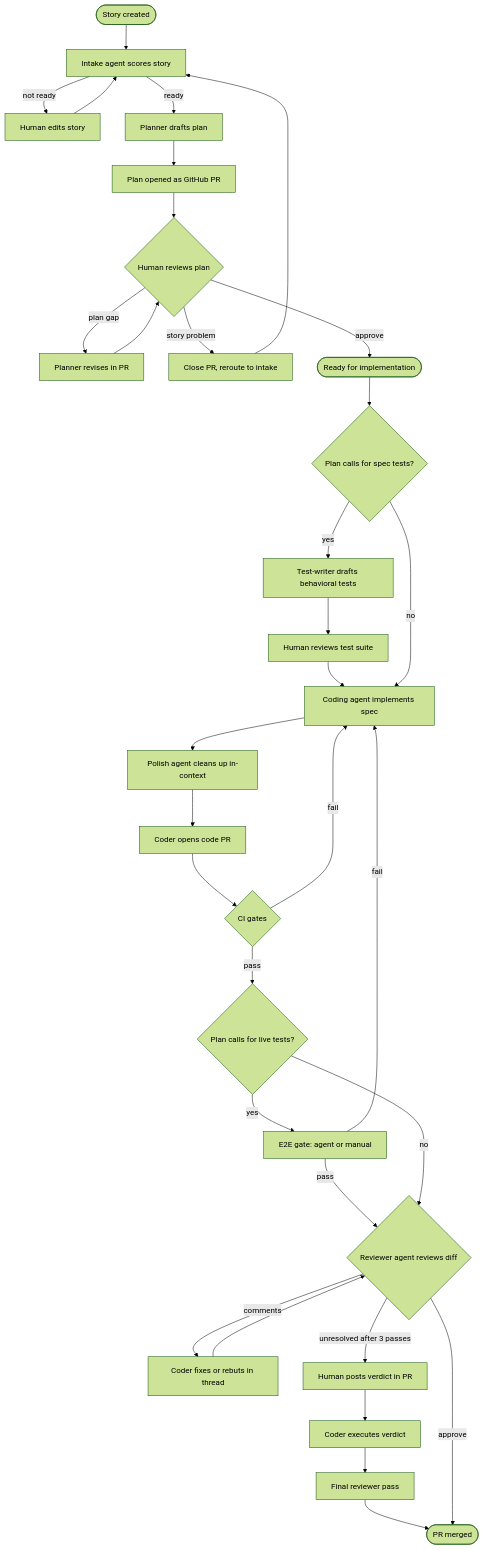
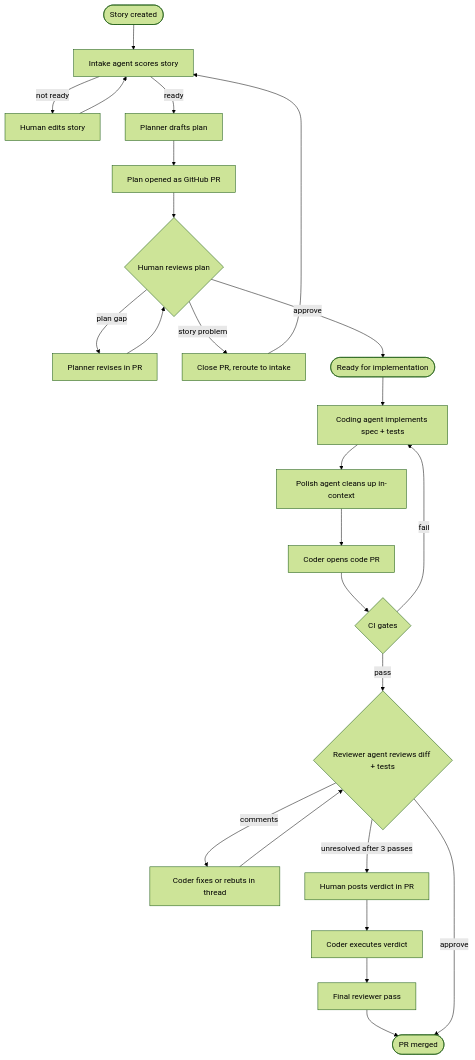
One commit to dlw-digitalworkplace/ai-native-dev changed the first of 2 diagrams in design-doc.md. Above: the diagram before and after it, drawn with Mermaid (forest theme). The commit also changed other lines of this file and 4 other files, not shown here.

````diff
--- a/design-doc.md
+++ b/design-doc.md
@@ -53,35 +50,27 @@
 ```mermaid
 flowchart TD
     A([Story created]) --> B[Intake agent scores story]
     B -- not ready --> R1[Human edits story]
     R1 --> B
     B -- ready --> C[Planner drafts plan]
     C --> D[Plan opened as GitHub PR]
     D --> E{Human reviews plan}
     E -- plan gap --> F[Planner revises in PR]
     F --> E
     E -- story problem --> G[Close PR, reroute to intake]
     G --> B
     E -- approve --> H([Ready for implementation])
-    H --> TW{Plan calls for spec tests?}
-    TW -- yes --> TW1[Test-writer drafts behavioral tests]
-    TW1 --> TW2[Human reviews test suite]
-    TW2 --> I[Coding agent implements spec]
-    TW -- no --> I
+    H --> I[Coding agent implements spec + tests]
     I --> J[Polish agent cleans up in-context]
     J --> K[Coder opens code PR]
     K --> L{CI gates}
     L -- fail --> I
-    L -- pass --> E2E{Plan calls for live tests?}
-    E2E -- yes --> E2E1[E2E gate: agent or manual]
-    E2E1 -- fail --> I
-    E2E1 -- pass --> M{Reviewer agent reviews diff}
-    E2E -- no --> M
+    L -- pass --> M{Reviewer agent reviews diff + tests}
     M -- comments --> N[Coder fixes or rebuts in thread]
     N --> M
     M -- unresolved after 3 passes --> O[Human posts verdict in PR]
     O --> P[Coder executes verdict]
     P --> Q[Final reviewer pass]
     Q --> Z([PR merged])
     M -- approve --> Z
 ```
````
